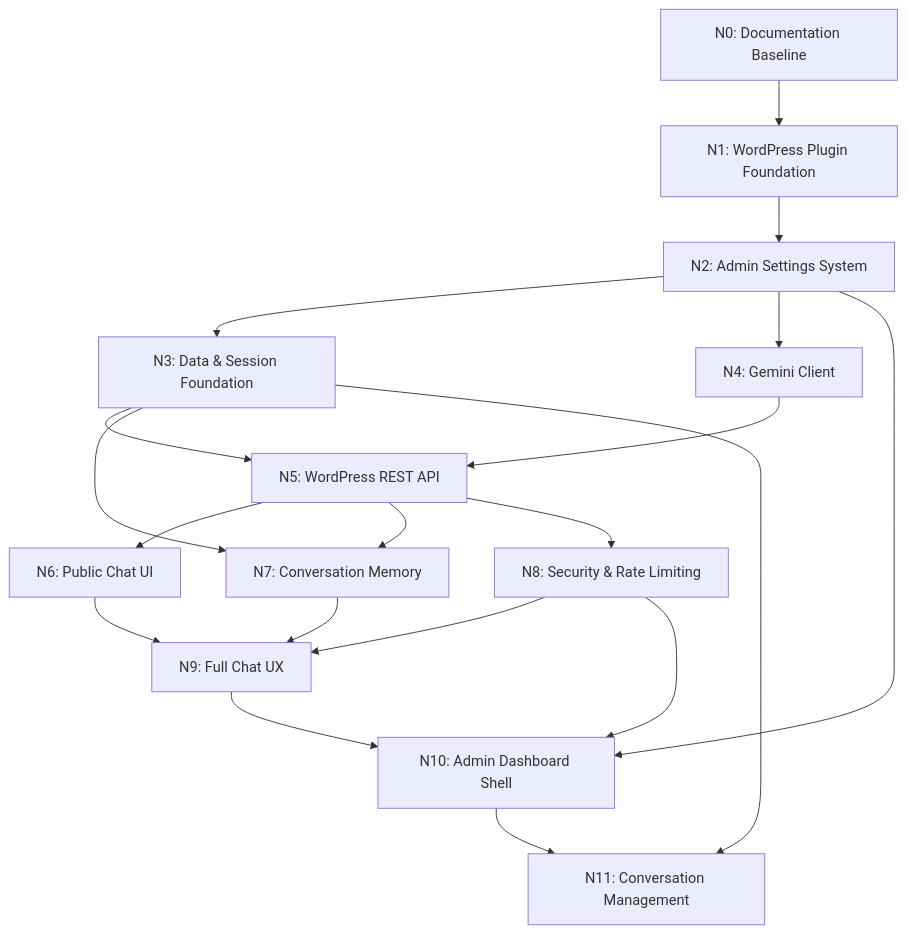
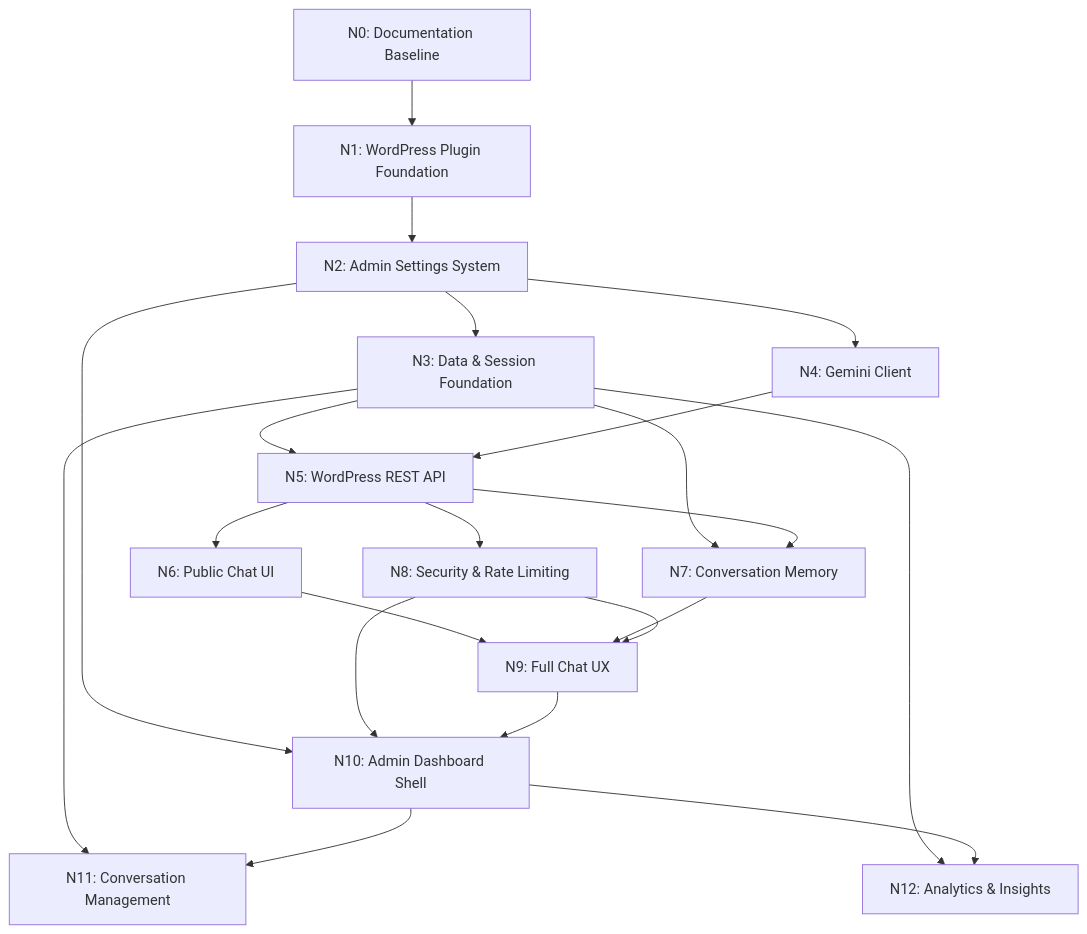
Before and after one commit to jattiphrswan/chatbot: the diagram in ROADMAP.md, drawn with Mermaid. The commit also changed other lines of this file and 10 other files, not shown here.

Commit message:
feat: complete Node N12 Analytics & Insights

````diff
--- a/ROADMAP.md
+++ b/ROADMAP.md
@@ -5,21 +5,23 @@
 ```mermaid
 flowchart TD
     N0[N0: Documentation Baseline] --> N1[N1: WordPress Plugin Foundation]
     N1 --> N2[N2: Admin Settings System]
     N2 --> N3[N3: Data & Session Foundation]
     N2 --> N4[N4: Gemini Client]
     N3 --> N5[N5: WordPress REST API]
     N4 --> N5
     N5 --> N6[N6: Public Chat UI]
     N3 --> N7[N7: Conversation Memory]
     N5 --> N7
     N5 --> N8[N8: Security & Rate Limiting]
     N6 --> N9[N9: Full Chat UX]
     N7 --> N9
     N8 --> N9
     N2 --> N10[N10: Admin Dashboard Shell]
     N8 --> N10
     N9 --> N10
     N3 --> N11[N11: Conversation Management]
     N10 --> N11
+    N3 --> N12[N12: Analytics & Insights]
+    N10 --> N12
 ```
````
